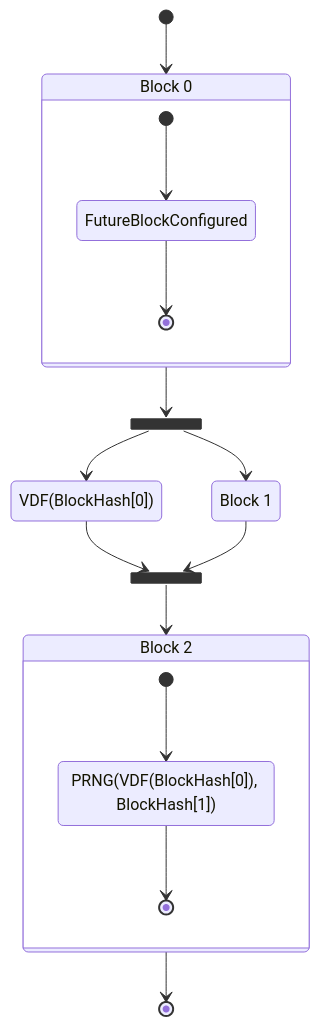
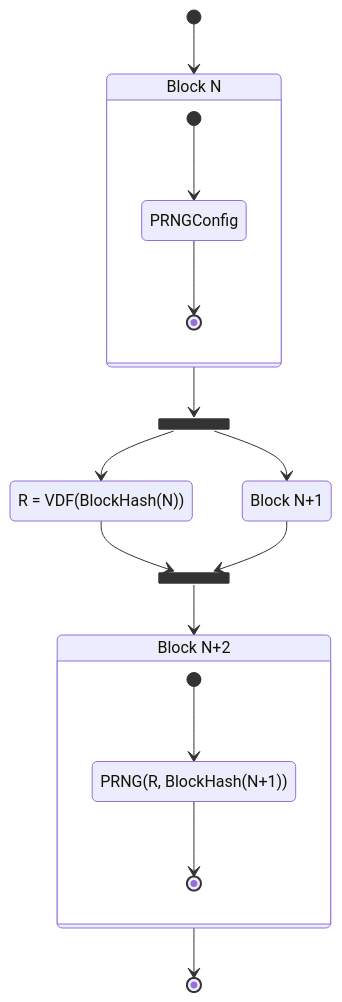
Before and after one commit to Calindra/cartesi-proposals: the first of 2 diagrams in proposal-01-PRNG.md, drawn with Mermaid. The commit also changed other lines of this file, not shown here.

Commit message:
PRNG better explanation

````diff
--- a/proposal-01-PRNG.md
+++ b/proposal-01-PRNG.md
@@ -50,28 +50,28 @@
 ```mermaid
 stateDiagram-v2
-  BlockHash0: Block 0
-  BlockHash1: Block 1
-  BlockHash2: Block 2
-  VDF: VDF(BlockHash[0])
-  Seed: PRNG(VDF(BlockHash[0]), BlockHash[1])
+  BlockHash0: Block N
+  BlockHash1: Block N+1
+  BlockHash2: Block N+2
+  VDF: R = VDF(BlockHash(N))
+  Seed: PRNG(R, BlockHash(N+1))
   state fork_state <<fork>>
 
   [*] --> BlockHash0
   state BlockHash0 {
-    [*] --> FutureBlockConfigured
-    FutureBlockConfigured --> [*]
+    [*] --> PRNGConfig
+    PRNGConfig --> [*]
   }
   BlockHash0 --> fork_state
   fork_state --> VDF
   fork_state --> BlockHash1
 
   state join_state <<join>>
   VDF --> join_state
   BlockHash1 --> join_state
   join_state --> BlockHash2
   state BlockHash2 {
     [*] --> Seed
     Seed --> [*]
   }
   BlockHash2 --> [*]
 ```
````
